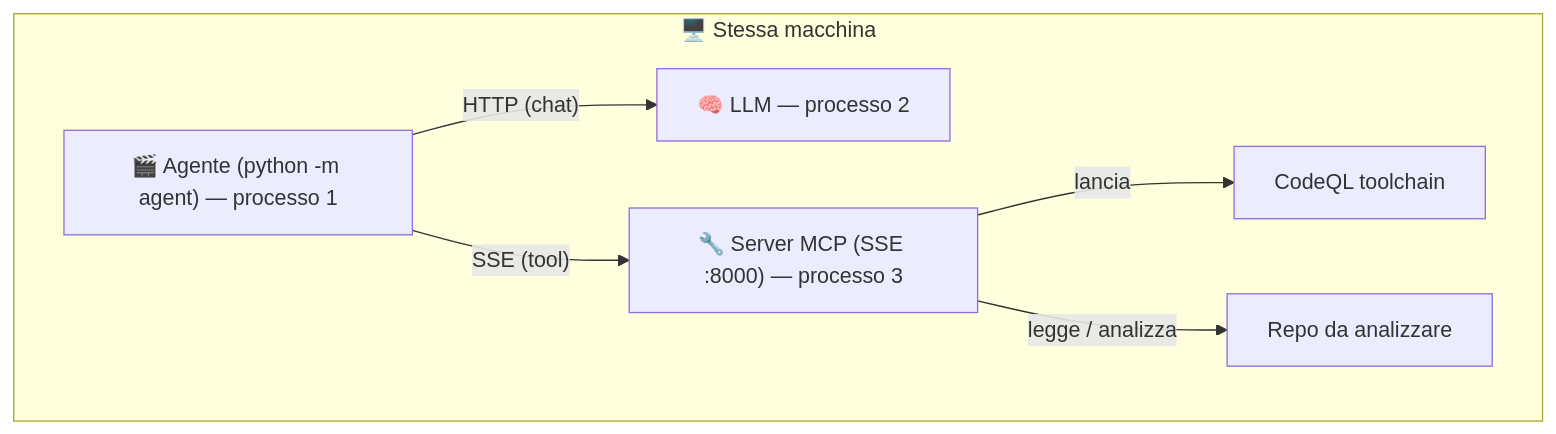
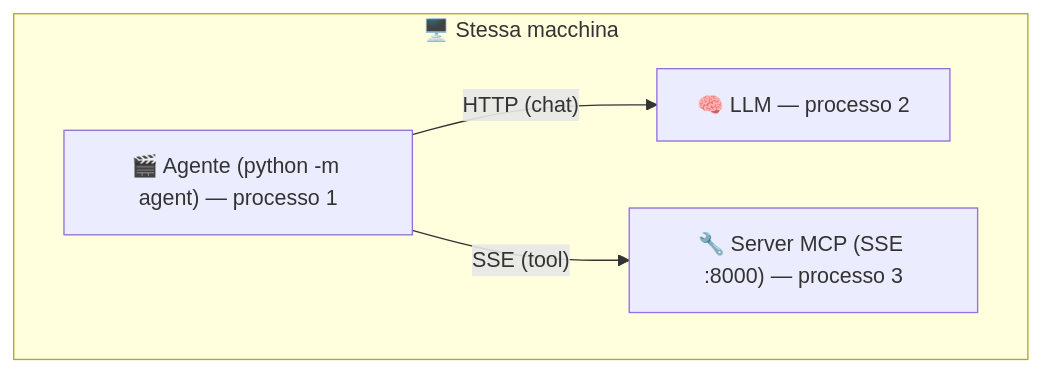
Before and after one commit to iris-cmd22/Sibyl: the fourth of 11 diagrams in documentazione/agent.md, drawn with Mermaid. The commit also changed other lines of this file and 35 other files, not shown here.

````diff
--- a/documentazione/agent.md
+++ b/documentazione/agent.md
@@ -107,14 +161,10 @@
 ```mermaid
 flowchart TB
     subgraph M["🖥️ Stessa macchina"]
         AG["🎬 Agente (python -m agent) — processo 1"]
         LLM["🧠 LLM — processo 2"]
         MCP["🔧 Server MCP (SSE :8000) — processo 3"]
-        TC["CodeQL toolchain"]
-        RP["Repo da analizzare"]
         AG -->|"HTTP (chat)"| LLM
         AG -->|"SSE (tool)"| MCP
-        MCP -->|"lancia"| TC
-        MCP -->|"legge / analizza"| RP
     end
 ```
````
